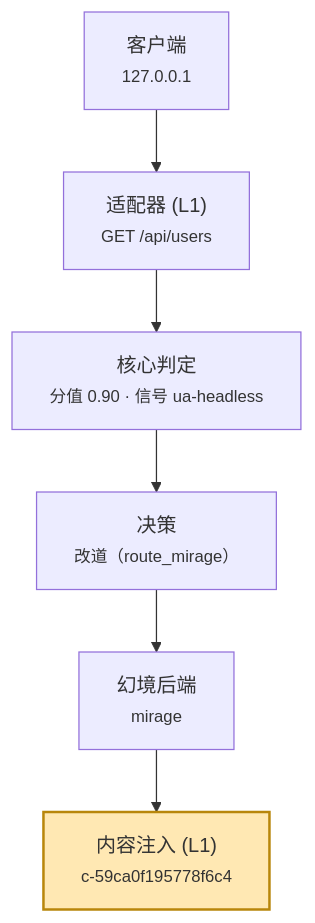
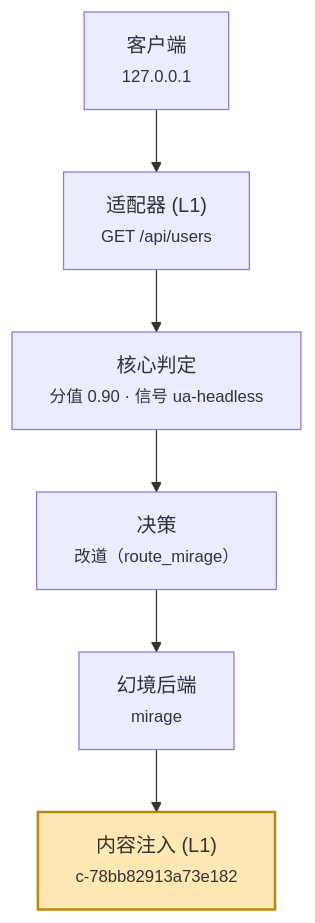
The fifth of 9 diagrams in docs/ops/ai-injection-2026-09-21/README.md (0xC4m3l-jiang/Shen), drawn with Mermaid before and after one commit. The commit also changed other lines of this file and 18 other files, not shown here.

````diff
--- a/docs/ops/ai-injection-2026-09-21/README.md
+++ b/docs/ops/ai-injection-2026-09-21/README.md
@@ -152,16 +152,16 @@
 ```mermaid
 flowchart TD
   n0["客户端<br/><small>127.0.0.1</small>"]
   n1["适配器 (L1)<br/><small>GET /api/users</small>"]
   n0 --> n1
   n2["核心判定<br/><small>分值 0.90 · 信号 ua-headless</small>"]
   n1 --> n2
   n3["决策<br/><small>改道（route_mirage）</small>"]
   n2 --> n3
   n4["幻境后端<br/><small>mirage</small>"]
   n3 --> n4
-  n5["内容注入 (L1)<br/><small>c-59ca0f195778f6c4</small>"]
+  n5["内容注入 (L1)<br/><small>c-78bb82913a73e182</small>"]
   n4 --> n5
   class n5 inject
   classDef inject fill:#ffe8b3,stroke:#b8860b,stroke-width:2px
 ```
````
